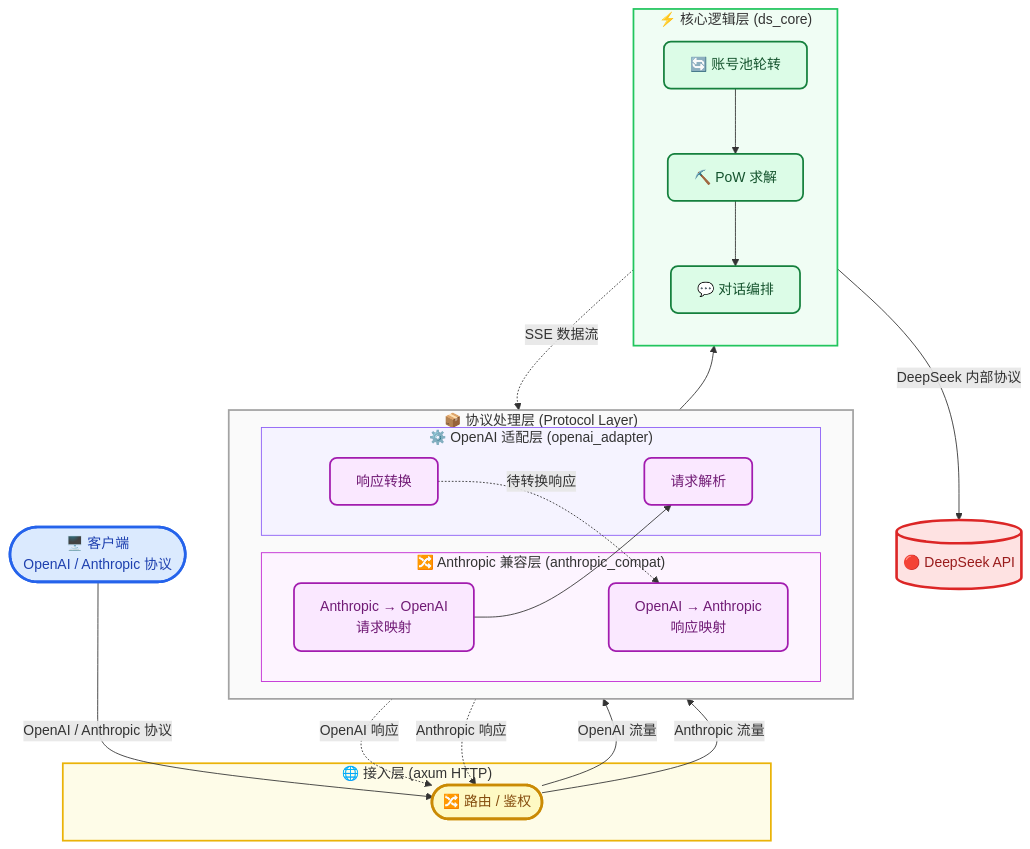
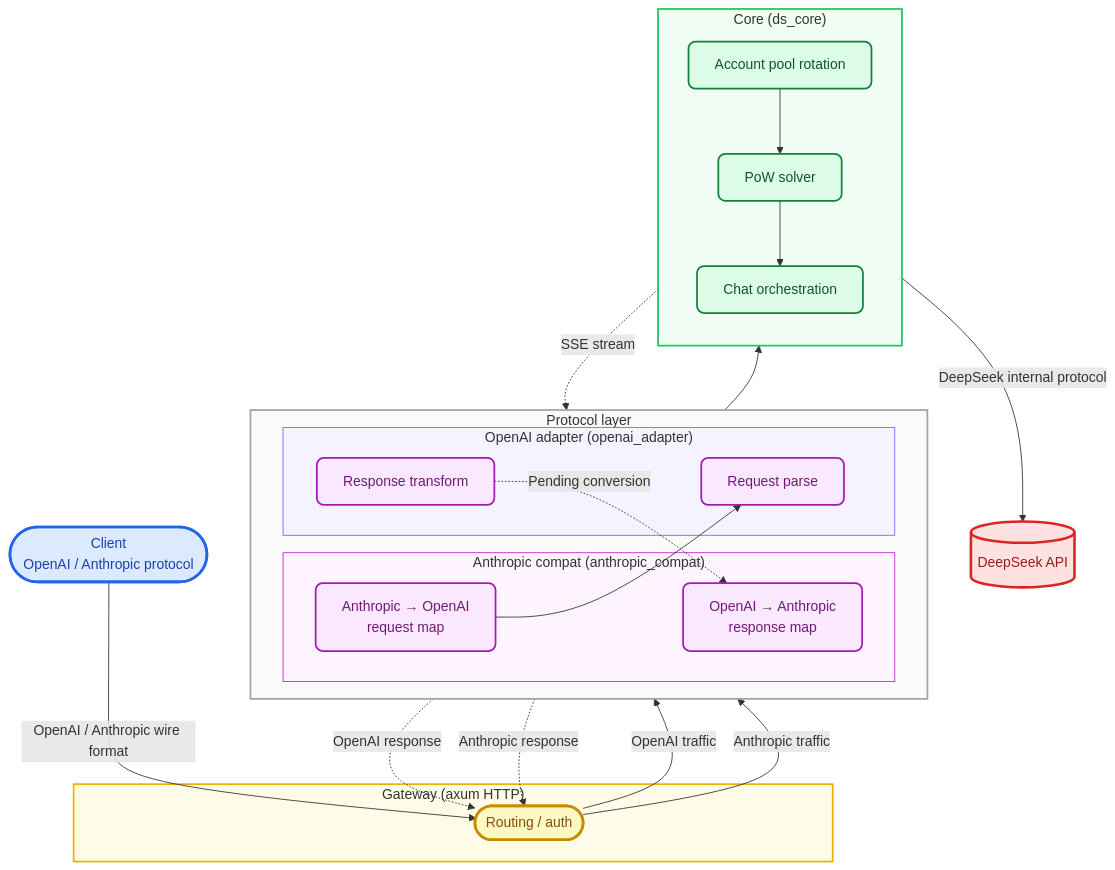
The diagram in README.md (bkataru/ds-free-api), drawn with Mermaid before and after one commit. The commit also changed other lines of this file and 42 other files, not shown here.

````diff
--- a/README.md
+++ b/README.md
@@ -152,62 +143,62 @@
 ```mermaid
 flowchart TB
-    %% ========== 样式定义：提高对比度，统一圆角 ==========
+    %% ========== Style definitions ==========
     classDef client fill:#dbeafe,stroke:#2563eb,stroke-width:3px,color:#1e40af,rx:12,ry:12
     classDef gateway fill:#fef9c3,stroke:#ca8a04,stroke-width:3px,color:#854d0e,rx:10,ry:10
     classDef adapter fill:#fae8ff,stroke:#a21caf,stroke-width:2px,color:#701a75,rx:8,ry:8
     classDef core fill:#dcfce7,stroke:#15803d,stroke-width:2px,color:#14532d,rx:8,ry:8
     classDef external fill:#fee2e2,stroke:#dc2626,stroke-width:3px,color:#991b1b,rx:4,ry:4
 
-    %% ========== 节点定义 ==========
-    Client(["🖥️ 客户端<br/>OpenAI / Anthropic 协议"]):::client
+    %% ========== Nodes ==========
+    Client(["Client<br/>OpenAI / Anthropic protocol"]):::client
 
-    subgraph GW ["🌐 接入层 (axum HTTP)"]
-        Server(["🔀 路由 / 鉴权"]):::gateway
+    subgraph GW ["Gateway (axum HTTP)"]
+        Server(["Routing / auth"]):::gateway
     end
 
-    subgraph PL ["📦 协议处理层 (Protocol Layer)"]
+    subgraph PL ["Protocol layer"]
         direction LR
 
-        subgraph AC ["🔀 Anthropic 兼容层 (anthropic_compat)"]
-            A2OReq["Anthropic → OpenAI<br/>请求映射"]:::adapter
-            O2AResp["OpenAI → Anthropic<br/>响应映射"]:::adapter
+        subgraph AC ["Anthropic compat (anthropic_compat)"]
+            A2OReq["Anthropic → OpenAI<br/>request map"]:::adapter
+            O2AResp["OpenAI → Anthropic<br/>response map"]:::adapter
         end
 
-        subgraph OA ["⚙️ OpenAI 适配层 (openai_adapter)"]
-            ReqParse["请求解析"]:::adapter
-            RespTrans["响应转换"]:::adapter
+        subgraph OA ["OpenAI adapter (openai_adapter)"]
+            ReqParse["Request parse"]:::adapter
+            RespTrans["Response transform"]:::adapter
         end
     end
 
-    subgraph CL ["⚡ 核心逻辑层 (ds_core)"]
+    subgraph CL ["Core (ds_core)"]
         direction TB
-        Pool["🔄 账号池轮转"]:::core
-        Pow["⛏️ PoW 求解"]:::core
-        Chat["💬 对话编排"]:::core
+        Pool["Account pool rotation"]:::core
+        Pow["PoW solver"]:::core
+        Chat["Chat orchestration"]:::core
     end
 
-    DeepSeek[("🔴 DeepSeek API")]:::external
+    DeepSeek[("DeepSeek API")]:::external
 
-    %% ========== 请求链路（实线 →） ==========
-    Client -->|"OpenAI / Anthropic 协议"| Server
-    Server -->|"OpenAI 流量"| ReqParse
-    Server -->|"Anthropic 流量"| A2OReq
+    %% ========== Request path ==========
+    Client -->|"OpenAI / Anthropic wire format"| Server
+    Server -->|"OpenAI traffic"| ReqParse
+    Server -->|"Anthropic traffic"| A2OReq
     A2OReq --> ReqParse
     ReqParse --> Pool
     Pool --> Pow
     Pow --> Chat
-    Chat -->|"DeepSeek 内部协议"| DeepSeek
+    Chat -->|"DeepSeek internal protocol"| DeepSeek
 
-    %% ========== 响应链路（虚线 -.-→） ==========
-    Chat -.->|"SSE 数据流"| RespTrans
-    RespTrans -.->|"OpenAI 响应"| Server
-    RespTrans -.->|"待转换响应"| O2AResp
-    O2AResp -.->|"Anthropic 响应"| Server
+    %% ========== Response path ==========
+    Chat -.->|"SSE stream"| RespTrans
+    RespTrans -.->|"OpenAI response"| Server
+    RespTrans -.->|"Pending conversion"| O2AResp
+    O2AResp -.->|"Anthropic response"| Server
 
-    %% ========== 子图背景与边框（增强层次） ==========
+    %% ========== Subgraph styling ==========
     style GW fill:#fefce8,stroke:#eab308,stroke-width:2px
     style PL fill:#fafafa,stroke:#a3a3a3,stroke-width:2px
     style AC fill:#fdf4ff,stroke:#c026d3,stroke-width:1px
     style OA fill:#f5f3ff,stroke:#8b5cf6,stroke-width:1px
     style CL fill:#f0fdf4,stroke:#22c55e,stroke-width:2px
 ```
````
